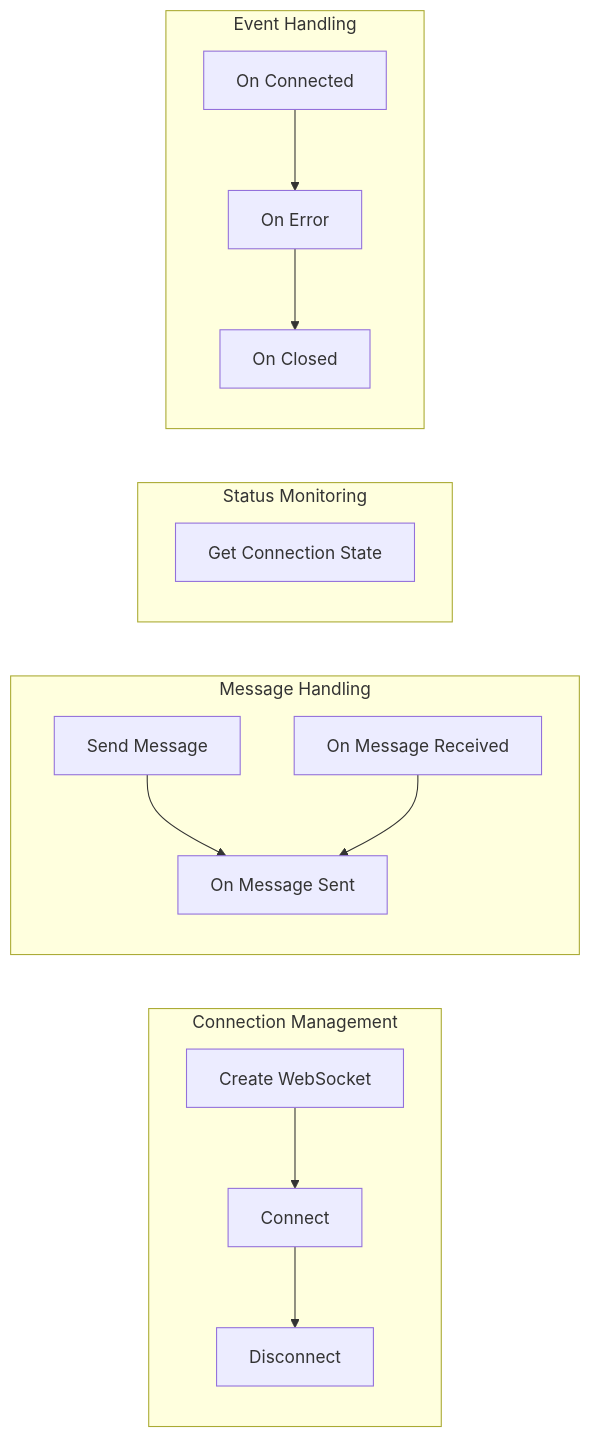
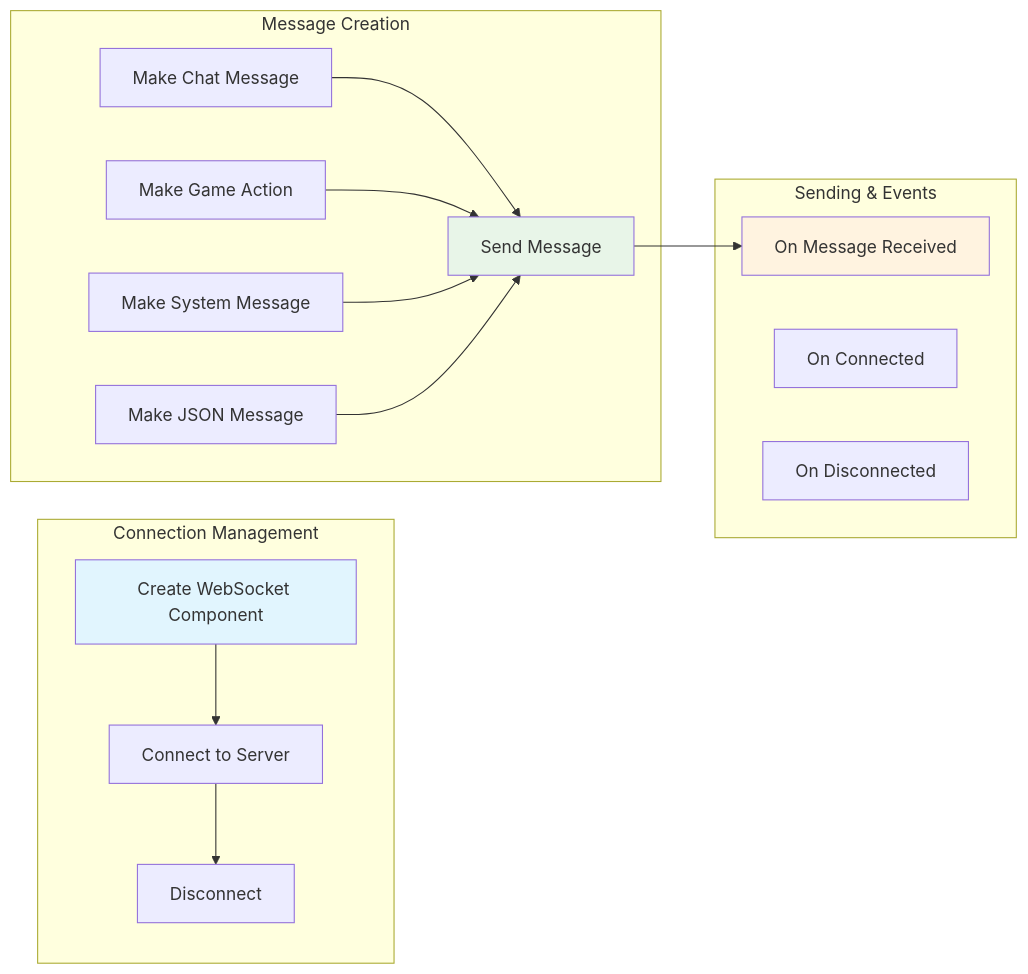
One commit to Tuafo/Horizon-Plugin-UE5-test changed the fourth of 5 diagrams in README.md. Above: the diagram before and after it, drawn with Mermaid. The commit also changed other lines of this file, not shown here.

Commit message:
Update README graphs and examples to reflect simplified SocketIOClient-style architecture

````diff
--- a/README.md
+++ b/README.md
@@ -145,35 +159,36 @@
 ```mermaid
 graph LR
     subgraph "Connection Management"
-        CBP[Create WebSocket]
-        CONN[Connect]
-        DISC[Disconnect]
+        CREATE[Create WebSocket Component]
+        CONNECT[Connect to Server]
+        DISCONNECT[Disconnect]
         
-        CBP --> CONN
-        CONN --> DISC
+        CREATE --> CONNECT
+        CONNECT --> DISCONNECT
     end
     
-    subgraph "Message Handling"
+    subgraph "Message Creation"
+        CHAT[Make Chat Message]
+        GAME[Make Game Action]
+        SYSTEM[Make System Message]
+        JSON[Make JSON Message]
+        
+        CHAT --> SEND
+        GAME --> SEND
+        SYSTEM --> SEND
+        JSON --> SEND
+    end
+    
+    subgraph "Sending & Events"
         SEND[Send Message]
         RECV[On Message Received]
-        SENT[On Message Sent]
+        CONN_EVENT[On Connected]
+        DISC_EVENT[On Disconnected]
         
-        SEND --> SENT
-        RECV --> SENT
+        SEND --> RECV
     end
     
-    subgraph "Status Monitoring"
-        STAT[Get Connection State]
-        
-        STAT
-    end
-    
-    subgraph "Event Handling"
-        OCONN[On Connected]
-        OERR[On Error]
-        OCLOSE[On Closed]
-        
-        OCONN --> OERR
-        OERR --> OCLOSE
-    end
+    style CREATE fill:#e1f5fe
+    style SEND fill:#e8f5e8
+    style RECV fill:#fff3e0
 ```
````
